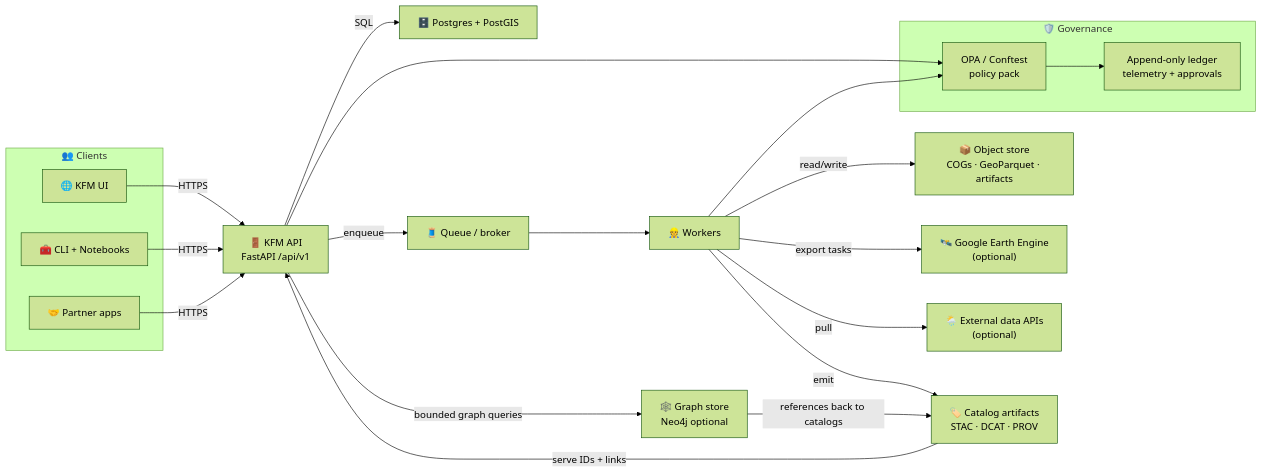
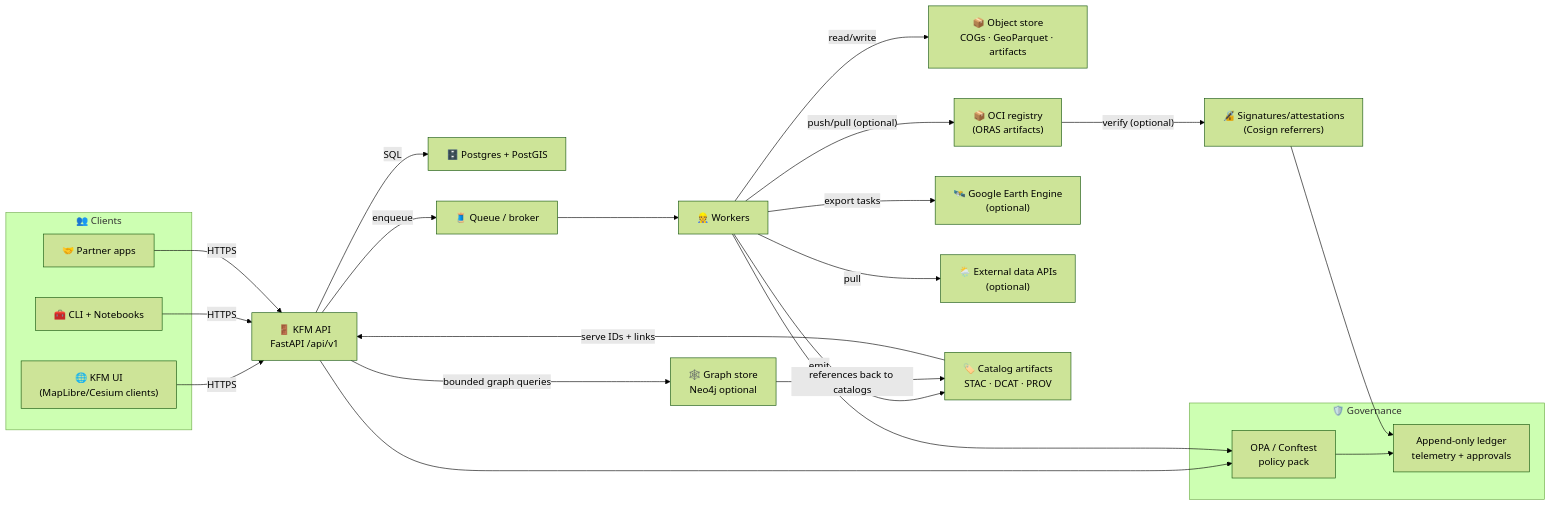
Before and after one commit to bartytime4life/Kansas-Frontier-Matrix: the diagram in api/README.md, drawn with Mermaid (forest theme). The commit also changed other lines of this file, not shown here.

````diff
--- a/api/README.md
+++ b/api/README.md
@@ -219,35 +268,39 @@
 ```mermaid
 flowchart LR
   subgraph Clients["👥 Clients"]
-    UI["🌐 KFM UI"]
+    UI["🌐 KFM UI\n(MapLibre/Cesium clients)"]
     CLI["🧰 CLI + Notebooks"]
     PARTNER["🤝 Partner apps"]
   end
 
   UI -->|"HTTPS"| API["🚪 KFM API\nFastAPI /api/v1"]
   CLI -->|"HTTPS"| API
   PARTNER -->|"HTTPS"| API
 
   API -->|"SQL"| DB["🗄️ Postgres + PostGIS"]
   API -->|"bounded graph queries"| GRAPH["🕸️ Graph store\nNeo4j optional"]
   API -->|"enqueue"| Q["🧵 Queue / broker"]
   Q --> W["👷 Workers"]
 
   W -->|"read/write"| OBJ["📦 Object store\nCOGs · GeoParquet · artifacts"]
+  W -->|"push/pull (optional)"| OCI["📦 OCI registry\n(ORAS artifacts)"]
+  OCI -->|"verify (optional)"| SIG["🔏 Signatures/attestations\n(Cosign referrers)"]
+
   W -->|"export tasks"| GEE["🛰️ Google Earth Engine\n(optional)"]
   W -->|"pull"| EXTAPI["🌦️ External data APIs\n(optional)"]
 
   W -->|"emit"| CATALOG["🏷️ Catalog artifacts\nSTAC · DCAT · PROV"]
   CATALOG -->|"serve IDs + links"| API
 
   GRAPH -->|"references back to catalogs"| CATALOG
 
   subgraph Governance["🛡️ Governance"]
     OPA["OPA / Conftest\npolicy pack"]
     LEDGER["Append-only ledger\ntelemetry + approvals"]
   end
 
   API --> OPA
   W --> OPA
   OPA --> LEDGER
+  SIG --> LEDGER
 ```
````
